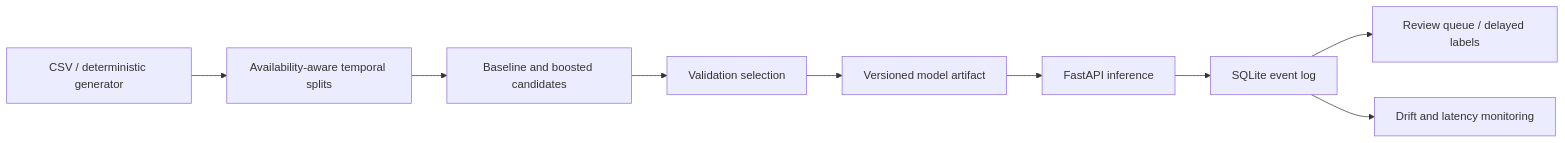
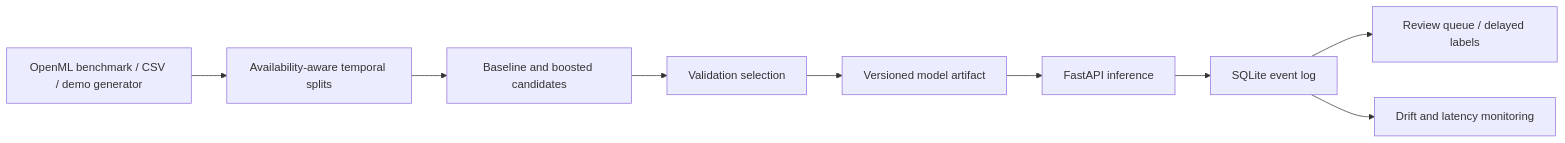
The diagram in README.md (sumeetamin/fraud-detection-platform), drawn with Mermaid before and after one commit. The commit also changed other lines of this file and 11 other files, not shown here.

````diff
--- a/README.md
+++ b/README.md
@@ -55,11 +59,11 @@
 ```mermaid
 flowchart LR
-    A[CSV / deterministic generator] --> B[Availability-aware temporal splits]
+    A[OpenML benchmark / CSV / demo generator] --> B[Availability-aware temporal splits]
     B --> C[Baseline and boosted candidates]
     C --> D[Validation selection]
     D --> E[Versioned model artifact]
     E --> F[FastAPI inference]
     F --> G[SQLite event log]
     G --> H[Review queue / delayed labels]
     G --> I[Drift and latency monitoring]
 ```
````
